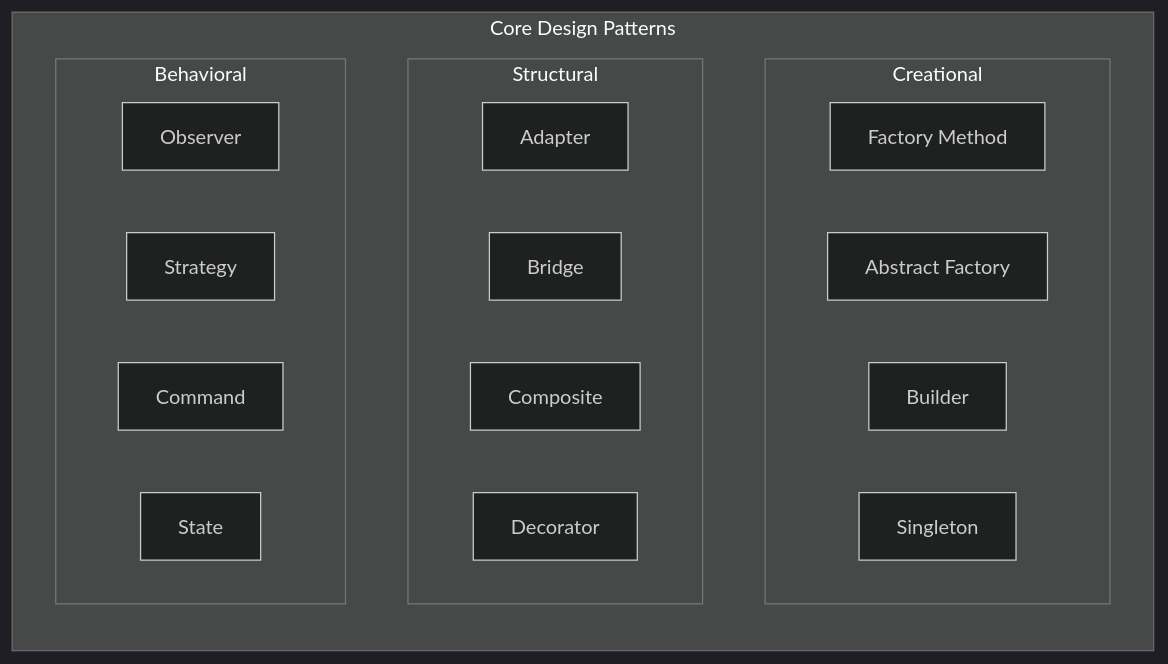
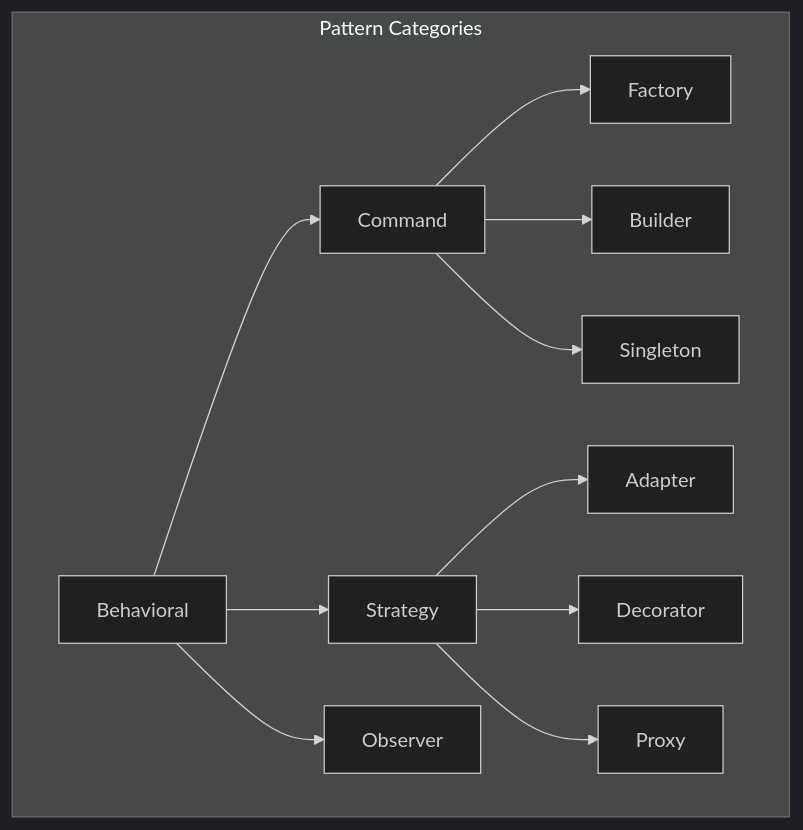
Before and after one commit to saravanakumarrc/Architecture_Journey: the second of 7 diagrams in src/System_Design_Principles_and_Patterns.md, drawn with Mermaid (dark theme). The commit also changed other lines of this file and 4 other files, not shown here.

Commit message:
Refactor System Design Principles and Patterns documentation for clarity and conciseness; enhance Technical Debt Management framework with structured metrics and prioritization strategies.

````diff
--- a/src/System_Design_Principles_and_Patterns.md
+++ b/src/System_Design_Principles_and_Patterns.md
@@ -313,27 +85,16 @@
 ```mermaid
 graph TB
-    subgraph "Core Design Patterns"
-        direction TB
+    subgraph "Pattern Categories"
+        C[Creational] --> F[Factory]
+        C --> B[Builder]
+        C --> S[Singleton]
         
-        subgraph "Creational"
-            C1[Factory Method]
-            C2[Abstract Factory]
-            C3[Builder]
-            C4[Singleton]
-        end
+        ST[Structural] --> A[Adapter]
+        ST --> D[Decorator]
+        ST --> P[Proxy]
         
-        subgraph "Structural"
-            S1[Adapter]
-            S2[Bridge]
-            S3[Composite]
-            S4[Decorator]
-        end
-        
-        subgraph "Behavioral"
-            B1[Observer]
-            B2[Strategy]
-            B3[Command]
-            B4[State]
-        end
+        BE[Behavioral] --> O[Observer]
+        BE --> ST[Strategy]
+        BE --> C[Command]
     end
 ```
````
